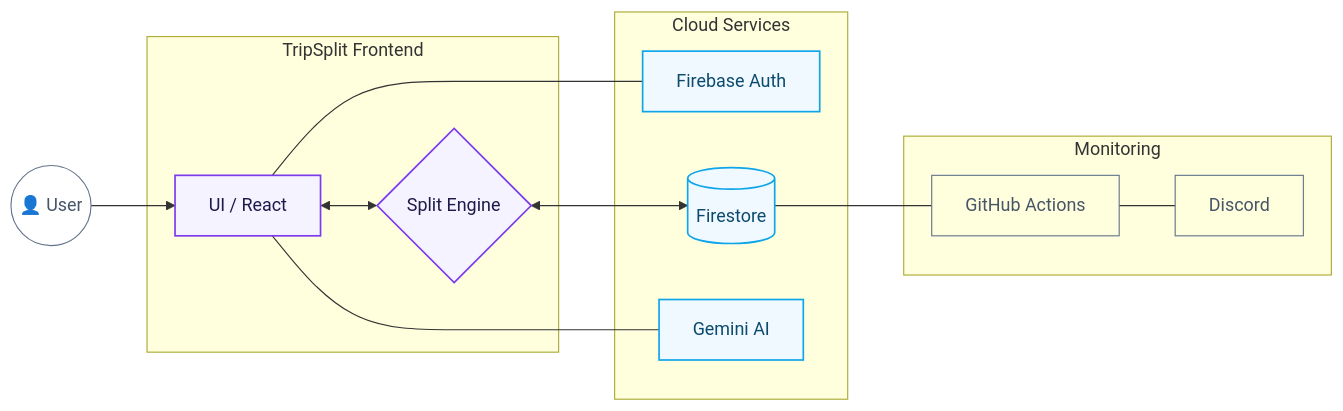
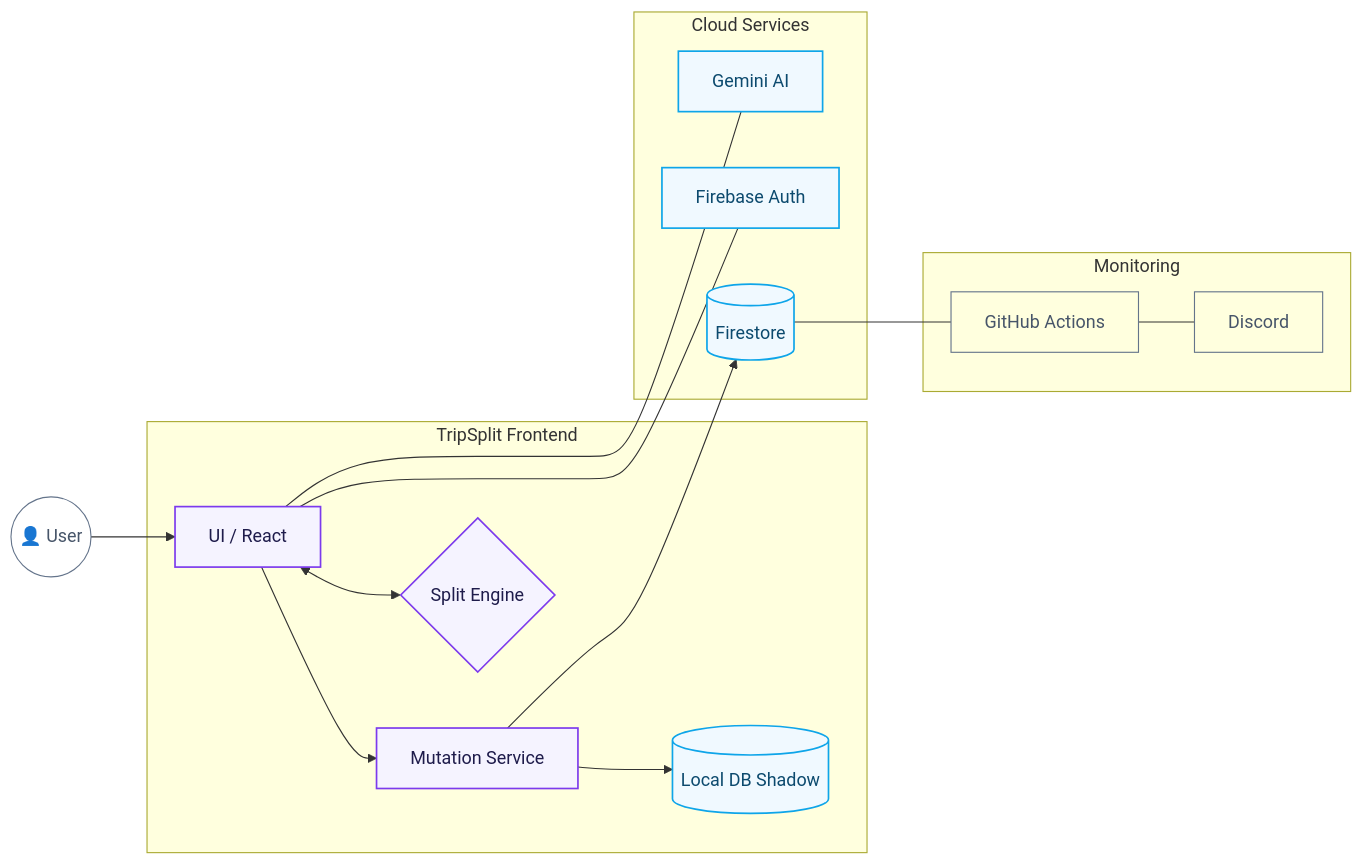
Before and after one commit to Ashborn-047/trip_split: the diagram in README.md, drawn with Mermaid. The commit also changed other lines of this file and 11 other files, not shown here.

````diff
--- a/README.md
+++ b/README.md
@@ -33,39 +33,43 @@
 ```mermaid
 graph LR
     %% Minimalist Styles
     classDef default fill:none,stroke:#64748b,stroke-width:1px,color:#475569;
     classDef primary fill:#f5f3ff,stroke:#7c3aed,stroke-width:1.5px,color:#1e1b4b;
     classDef accent fill:#f0f9ff,stroke:#0ea5e9,stroke-width:1.5px,color:#0c4a6e;
     
     %% Components
     User((👤 User))
     
     subgraph App ["TripSplit Frontend"]
         UI[UI / React]
+        Mut[Mutation Service]
+        LDB[(Local DB Shadow)]
         Logic{Split Engine}
     end
     
     subgraph Services ["Cloud Services"]
         Auth[Firebase Auth]
         DB[(Firestore)]
         AI[Gemini AI]
     end
     
     subgraph Ops ["Monitoring"]
         CI[GitHub Actions]
         Alerts[Discord]
     end
     
     %% Flow
     User --> UI
+    UI --> Mut
+    Mut --> LDB
+    Mut --> DB
     UI <--> Logic
-    Logic <--> DB
     UI --- Auth
     UI --- AI
     DB --- CI
     CI --- Alerts
     
     %% Branding
-    class UI,Logic primary;
-    class Auth,DB,AI accent;
+    class UI,Mut,Logic primary;
+    class LDB,Auth,DB,AI accent;
 ```
````
